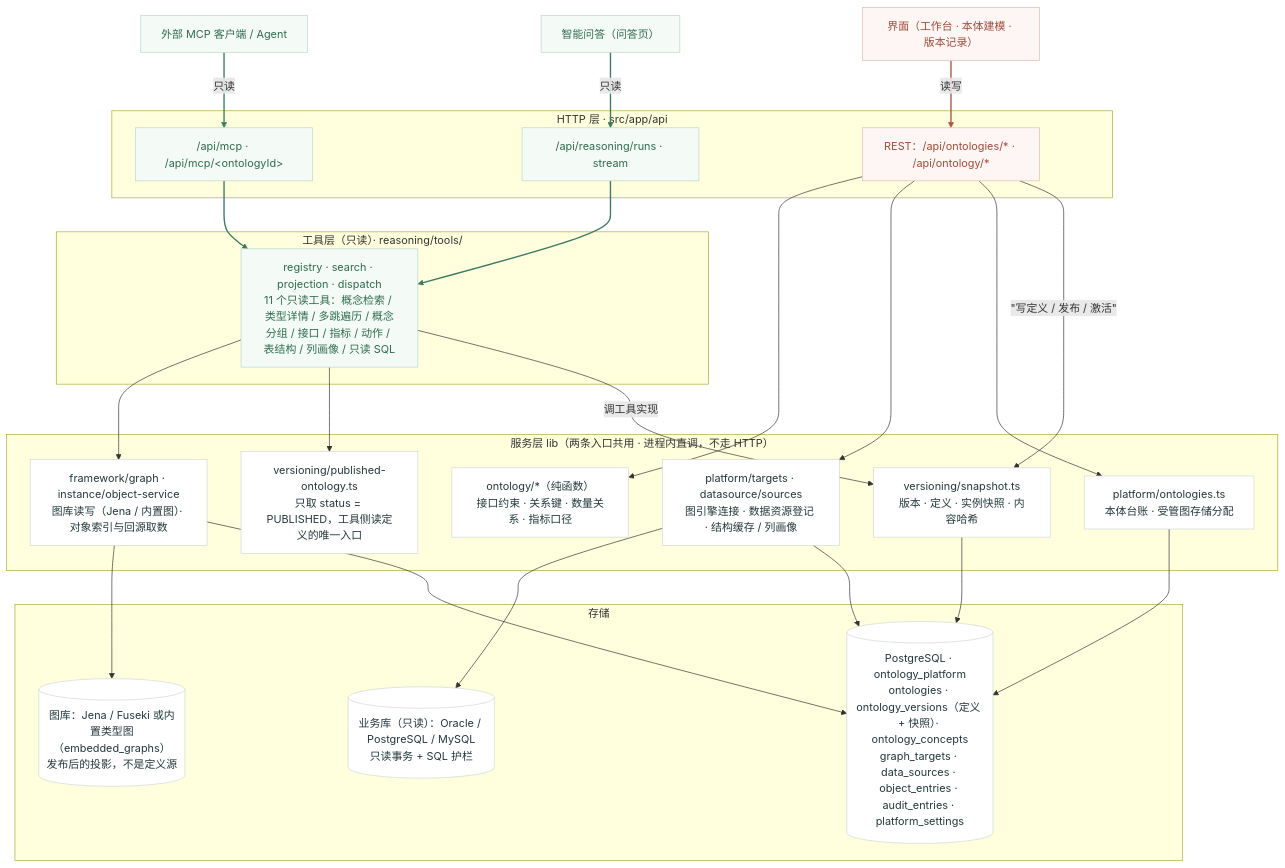
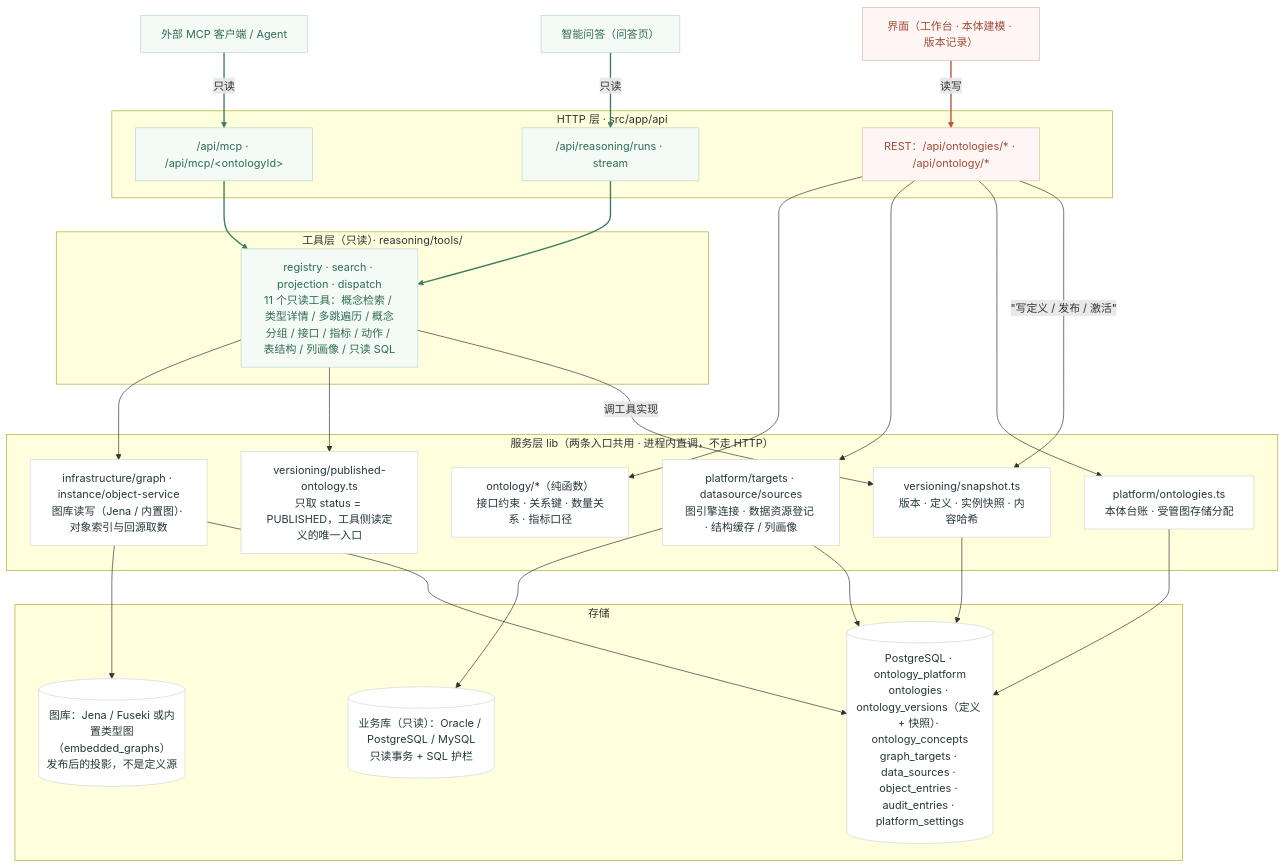
One commit to shell-nlp/ontology_management changed the first of 2 diagrams in README.md. Above: the diagram before and after it, drawn with Mermaid. The commit also changed other lines of this file and 144 other files, not shown here.

Commit message:
refactor: 重构模块路径，将 framework 下的核心模块迁移到 infrastructure 和 shared 目录

````diff
--- a/README.md
+++ b/README.md
@@ -377,59 +377,59 @@
 ```mermaid
 flowchart TB
   UI["界面（工作台 · 本体建模 · 版本记录）"]
   QA["智能问答（问答页）"]
   EXT["外部 MCP 客户端 / Agent"]
 
   subgraph L_HTTP["HTTP 层 · src/app/api"]
     REST["REST：/api/ontologies/* · /api/ontology/*"]
     RUN["/api/reasoning/runs · stream"]
     MCPE["/api/mcp · /api/mcp/&lt;ontologyId&gt;"]
   end
 
   subgraph L_TOOLS["工具层（只读）· reasoning/tools/"]
     TOOLS["registry · search · projection · dispatch<br/>11 个只读工具：概念检索 / 类型详情 / 多跳遍历 / 概念分组 / 接口 / 指标 / 动作 / 表结构 / 列画像 / 只读 SQL"]
   end
 
   subgraph L_SERVICE["服务层 lib（两条入口共用 · 进程内直调，不走 HTTP）"]
     ONTO["platform/ontologies.ts<br/>本体台账 · 受管图存储分配"]
     SNAP["versioning/snapshot.ts<br/>版本 · 定义 · 实例快照 · 内容哈希"]
     PUB["versioning/published-ontology.ts<br/>只取 status = PUBLISHED，工具侧读定义的唯一入口"]
     SRCT["platform/targets · datasource/sources<br/>图引擎连接 · 数据资源登记 · 结构缓存 / 列画像"]
-    GRAPHS["framework/graph · instance/object-service<br/>图库读写（Jena / 内置图）· 对象索引与回源取数"]
+    GRAPHS["infrastructure/graph · instance/object-service<br/>图库读写（Jena / 内置图）· 对象索引与回源取数"]
     PURE["ontology/*（纯函数）<br/>接口约束 · 关系键 · 数量关系 · 指标口径"]
   end
 
   subgraph L_STORE["存储"]
     PG[("PostgreSQL · ontology_platform<br/>ontologies · ontology_versions（定义 + 快照）· ontology_concepts<br/>graph_targets · data_sources · object_entries · audit_entries · platform_settings")]
     GRAPH[("图库：Jena / Fuseki 或内置类型图（embedded_graphs）<br/>发布后的投影，不是定义源")]
     BIZ[("业务库（只读）：Oracle / PostgreSQL / MySQL<br/>只读事务 + SQL 护栏")]
   end
 
   UI -->|"读写"| REST
   QA -->|"只读"| RUN
   EXT -->|"只读"| MCPE
   REST -->|&quot;写定义 / 发布 / 激活&quot;| SNAP
   REST --> ONTO
   REST --> SRCT
   REST --> PURE
   RUN --> TOOLS
   MCPE --> TOOLS
   TOOLS -->|"调工具实现"| SNAP
   TOOLS --> PUB
   TOOLS --> GRAPHS
   ONTO --> PG
   SNAP --> PG
   SRCT --> PG
   SRCT --> BIZ
   GRAPHS --> PG
   GRAPHS --> GRAPH
 
   classDef write fill:#fdf6f4,stroke:#e2bbae,color:#a04c38;
   classDef read fill:#f4faf6,stroke:#b9d8c6,color:#2f6b52;
   classDef plain fill:#ffffff,stroke:#cfd9d4,color:#24383a;
   class UI,REST write;
   class QA,EXT,RUN,MCPE,TOOLS read;
   class ONTO,SNAP,PUB,SRCT,GRAPHS,PURE,PG,GRAPH,BIZ plain;
   linkStyle 0 stroke:#b4553f,stroke-width:2px;
   linkStyle 1,2,7,8 stroke:#3d7c60,stroke-width:2px;
 ```
````
